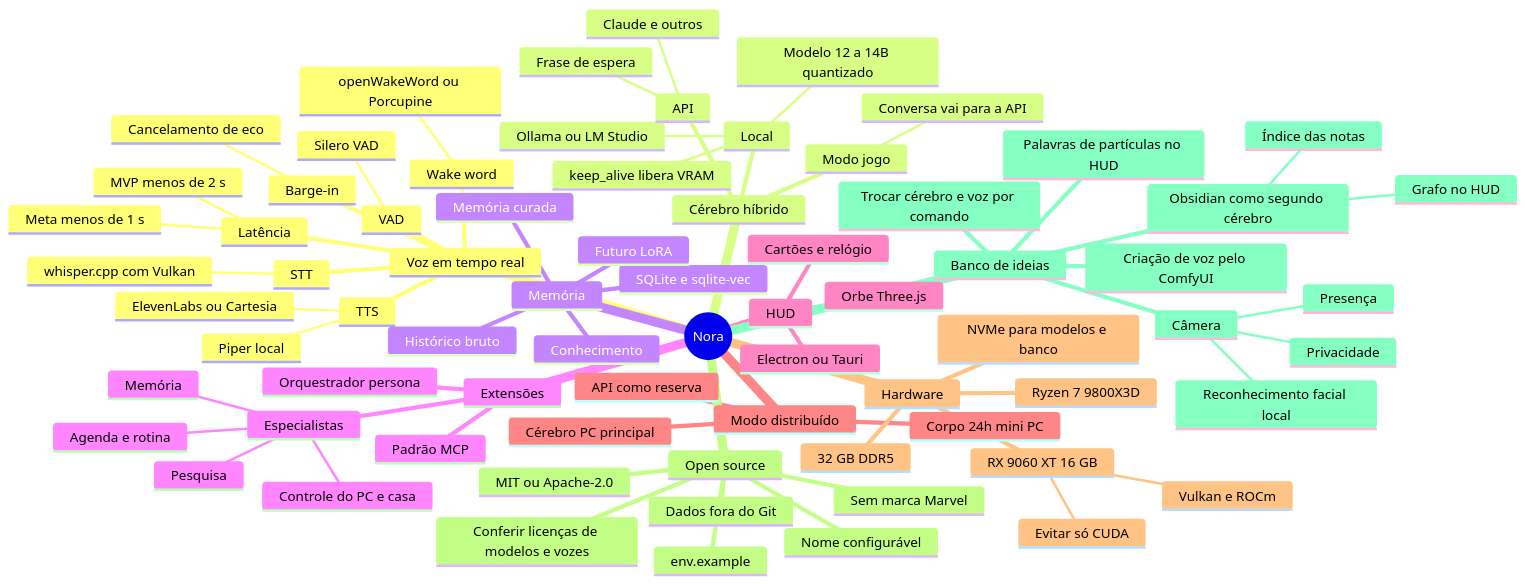
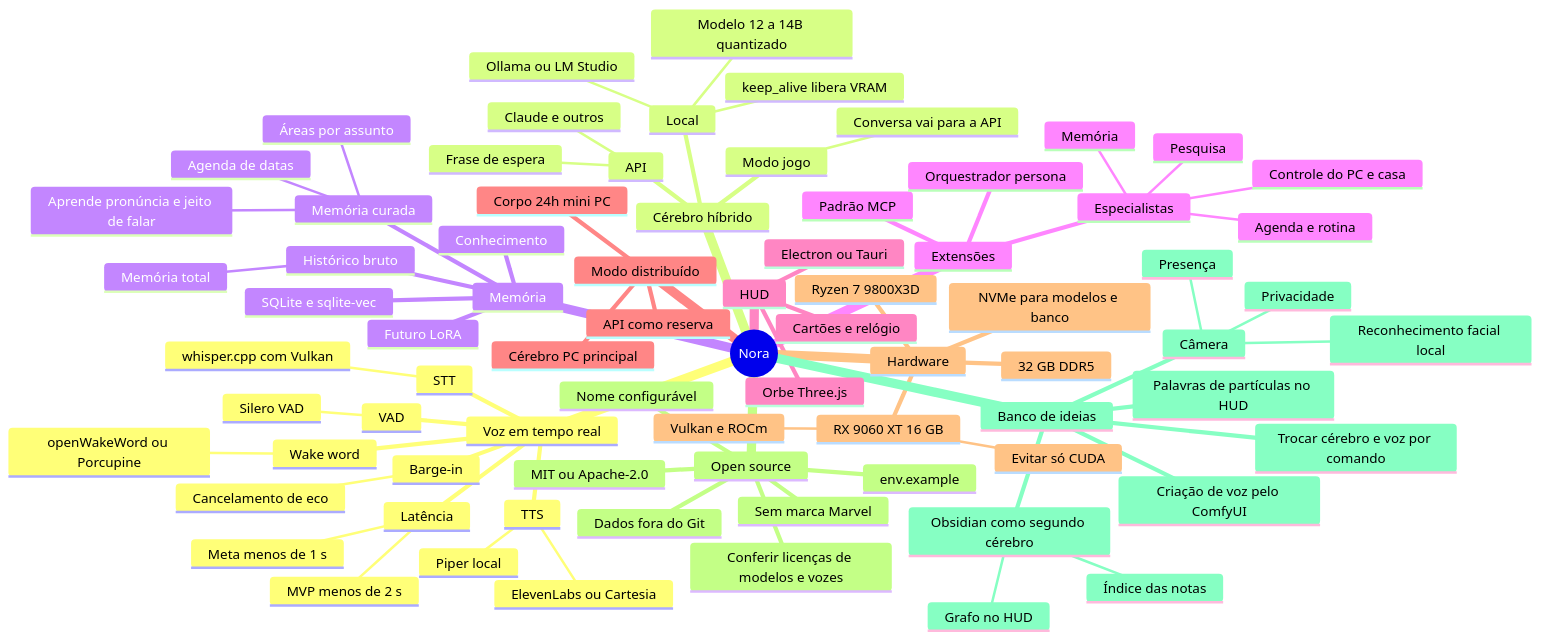
Before and after one commit to Gabitoprof/Nora: the first of 4 diagrams in docs/MAPA_MENTAL.md, drawn with Mermaid. The commit also changed other lines of this file and 4 other files, not shown here.

````diff
--- a/docs/MAPA_MENTAL.md
+++ b/docs/MAPA_MENTAL.md
@@ -17,76 +17,80 @@
 ```mermaid
 mindmap
   root((Nora))
     Voz em tempo real
       Wake word
         openWakeWord ou Porcupine
       VAD
         Silero VAD
       STT
         whisper.cpp com Vulkan
       TTS
         Piper local
         ElevenLabs ou Cartesia
       Barge-in
         Cancelamento de eco
       Latência
         Meta menos de 1 s
         MVP menos de 2 s
     Cérebro híbrido
       Local
         Ollama ou LM Studio
         Modelo 12 a 14B quantizado
         keep_alive libera VRAM
       API
         Claude e outros
         Frase de espera
       Modo jogo
         Conversa vai para a API
     Memória
       SQLite e sqlite-vec
       Histórico bruto
+        Memória total
       Memória curada
+        Áreas por assunto
+        Agenda de datas
+        Aprende pronúncia e jeito de falar
       Conhecimento
       Futuro LoRA
     Extensões
       Padrão MCP
       Orquestrador persona
       Especialistas
         Agenda e rotina
         Pesquisa
         Controle do PC e casa
         Memória
     HUD
       Electron ou Tauri
       Orbe Three.js
       Cartões e relógio
     Modo distribuído
       Corpo 24h mini PC
       Cérebro PC principal
       API como reserva
     Hardware
       RX 9060 XT 16 GB
         Vulkan e ROCm
         Evitar só CUDA
       Ryzen 7 9800X3D
       32 GB DDR5
       NVMe para modelos e banco
     Open source
       Dados fora do Git
       env.example
       Sem marca Marvel
       Nome configurável
       MIT ou Apache-2.0
       Conferir licenças de modelos e vozes
     Banco de ideias
       Câmera
         Presença
         Reconhecimento facial local
         Privacidade
       Obsidian como segundo cérebro
         Índice das notas
         Grafo no HUD
       Trocar cérebro e voz por comando
       Palavras de partículas no HUD
       Criação de voz pelo ComfyUI
 ```
````
